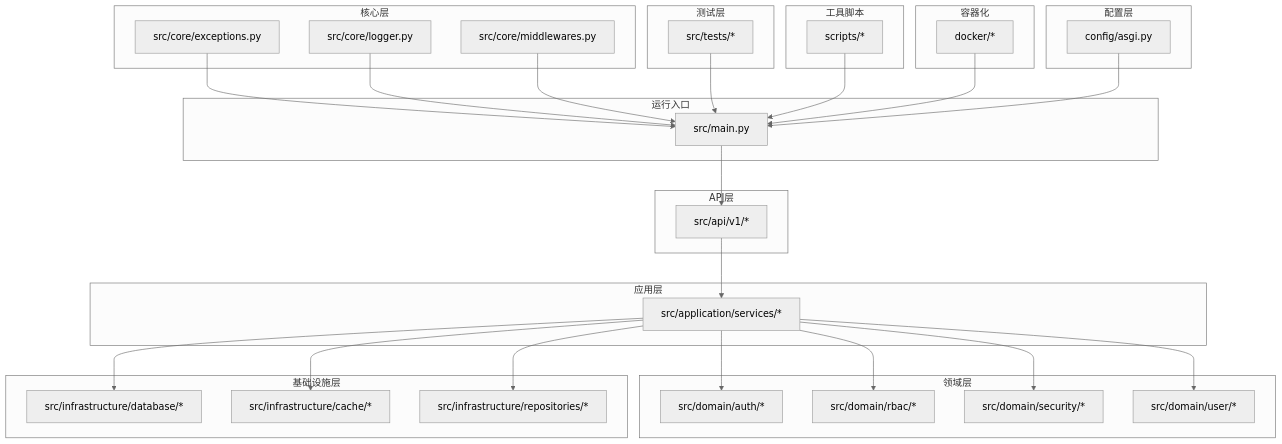
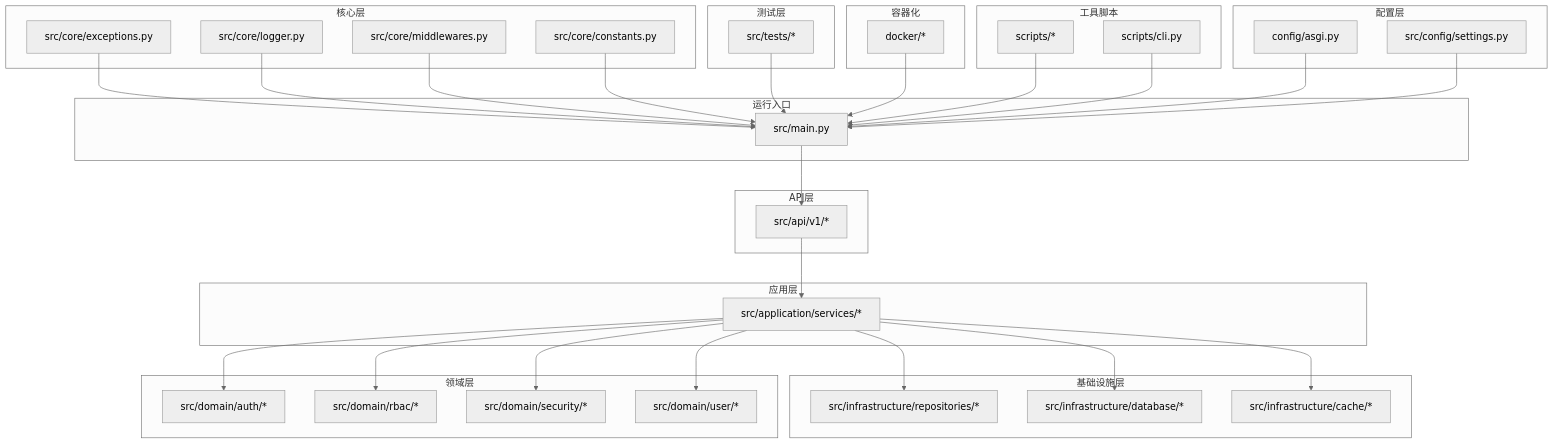
The first of 6 diagrams in .qoder/repowiki/zh/content/开发者指南.md (taoweidong/Hello-FastApi), drawn with Mermaid (neutral theme) before and after one commit. The commit also changed other lines of this file and 11 other files, not shown here.

````diff
--- a/.qoder/repowiki/zh/content/开发者指南.md
+++ b/.qoder/repowiki/zh/content/开发者指南.md
@@ -47,56 +49,62 @@
 ```mermaid
 graph TB
 subgraph "配置层"
 CFG1["config/asgi.py"]
+CFG2["src/config/settings.py"]
 end
 subgraph "核心层"
 CORE1["src/core/exceptions.py"]
 CORE2["src/core/logger.py"]
 CORE3["src/core/middlewares.py"]
+CORE4["src/core/constants.py"]
 end
 subgraph "应用层"
 APP1["src/application/services/*"]
 end
 subgraph "领域层"
 DOMAIN1["src/domain/auth/*"]
 DOMAIN2["src/domain/rbac/*"]
 DOMAIN3["src/domain/security/*"]
 DOMAIN4["src/domain/user/*"]
 end
 subgraph "基础设施层"
 INFRA1["src/infrastructure/database/*"]
 INFRA2["src/infrastructure/cache/*"]
 INFRA3["src/infrastructure/repositories/*"]
 end
 subgraph "API层"
 API1["src/api/v1/*"]
 end
 subgraph "运行入口"
 MAIN["src/main.py"]
 end
 subgraph "测试层"
 TESTS["src/tests/*"]
 end
 subgraph "工具脚本"
 SCRIPTS["scripts/*"]
+CLI["scripts/cli.py"]
 end
 subgraph "容器化"
 DOCKER["docker/*"]
 end
 MAIN --> API1
 API1 --> APP1
 APP1 --> DOMAIN1
 APP1 --> DOMAIN2
 APP1 --> DOMAIN3
 APP1 --> DOMAIN4
 APP1 --> INFRA3
 APP1 --> INFRA1
 APP1 --> INFRA2
 CORE1 --> MAIN
 CORE2 --> MAIN
 CORE3 --> MAIN
+CORE4 --> MAIN
 TESTS --> MAIN
 SCRIPTS --> MAIN
 DOCKER --> MAIN
 CFG1 --> MAIN
+CFG2 --> MAIN
+CLI --> MAIN
 ```
````
